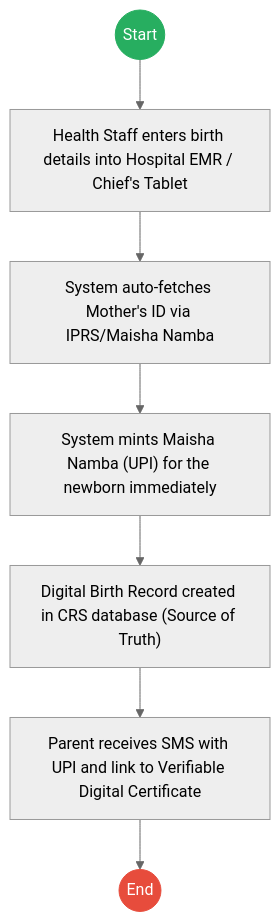
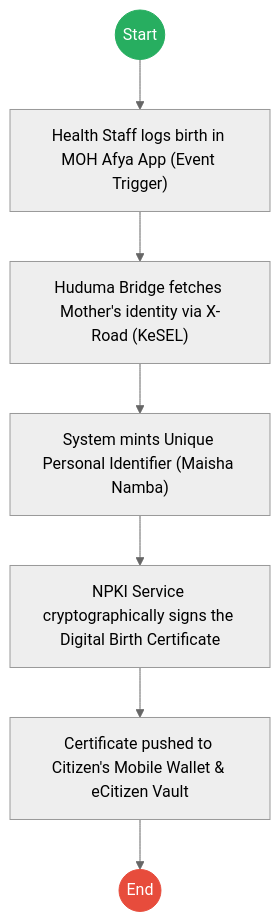
One commit to BITZ-IT-Consulting-LTD/ictapoc changed the second of 4 diagrams in mdas/docs_final/_CIVIL_REGISTRATION_SERVICES_CRS____Service_Delivery.md. Above: the diagram before and after it, drawn with Mermaid (neutral theme). The commit also changed other lines of this file and 2 other files, not shown here.

````diff
--- a/mdas/docs_final/_CIVIL_REGISTRATION_SERVICES_CRS____Service_Delivery.md
+++ b/mdas/docs_final/_CIVIL_REGISTRATION_SERVICES_CRS____Service_Delivery.md
@@ -51,14 +51,14 @@
 ```mermaid
 graph TD
     Start((Start)) --> T1
-    T1["Health Staff enters birth details into Hospital EMR / Chief's Tablet"] --> T2
-    T2["System auto-fetches Mother's ID via IPRS/Maisha Namba"] --> T3
-    T3["System mints Maisha Namba (UPI) for the newborn immediately"] --> T4
-    T4["Digital Birth Record created in CRS database (Source of Truth)"] --> T5
-    T5["Parent receives SMS with UPI and link to Verifiable Digital Certificate"] --> End((End))
+    T1["Health Staff logs birth in MOH Afya App (Event Trigger)"] --> T2
+    T2["Huduma Bridge fetches Mother's identity via X-Road (KeSEL)"] --> T3
+    T3["System mints Unique Personal Identifier (Maisha Namba)"] --> T4
+    T4["NPKI Service cryptographically signs the Digital Birth Certificate"] --> T5
+    T5["Certificate pushed to Citizen's Mobile Wallet & eCitizen Vault"] --> End((End))
 
     classDef start fill:#27ae60,stroke:#27ae60,color:#fff;
     classDef endNode fill:#e74c3c,stroke:#e74c3c,color:#fff;
     class Start start;
     class End endNode;
 ```
````
